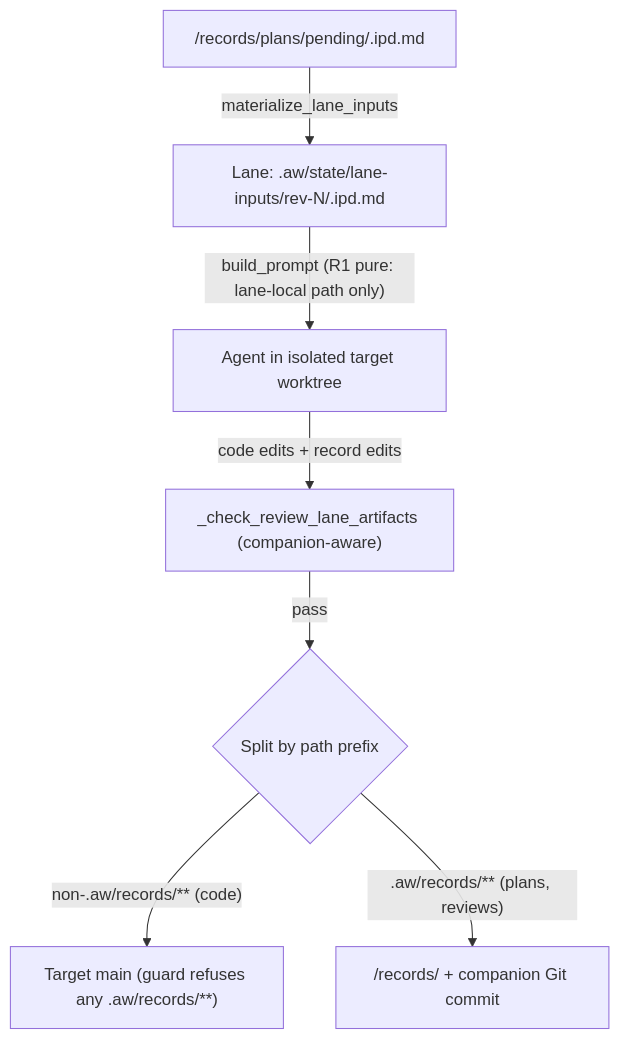
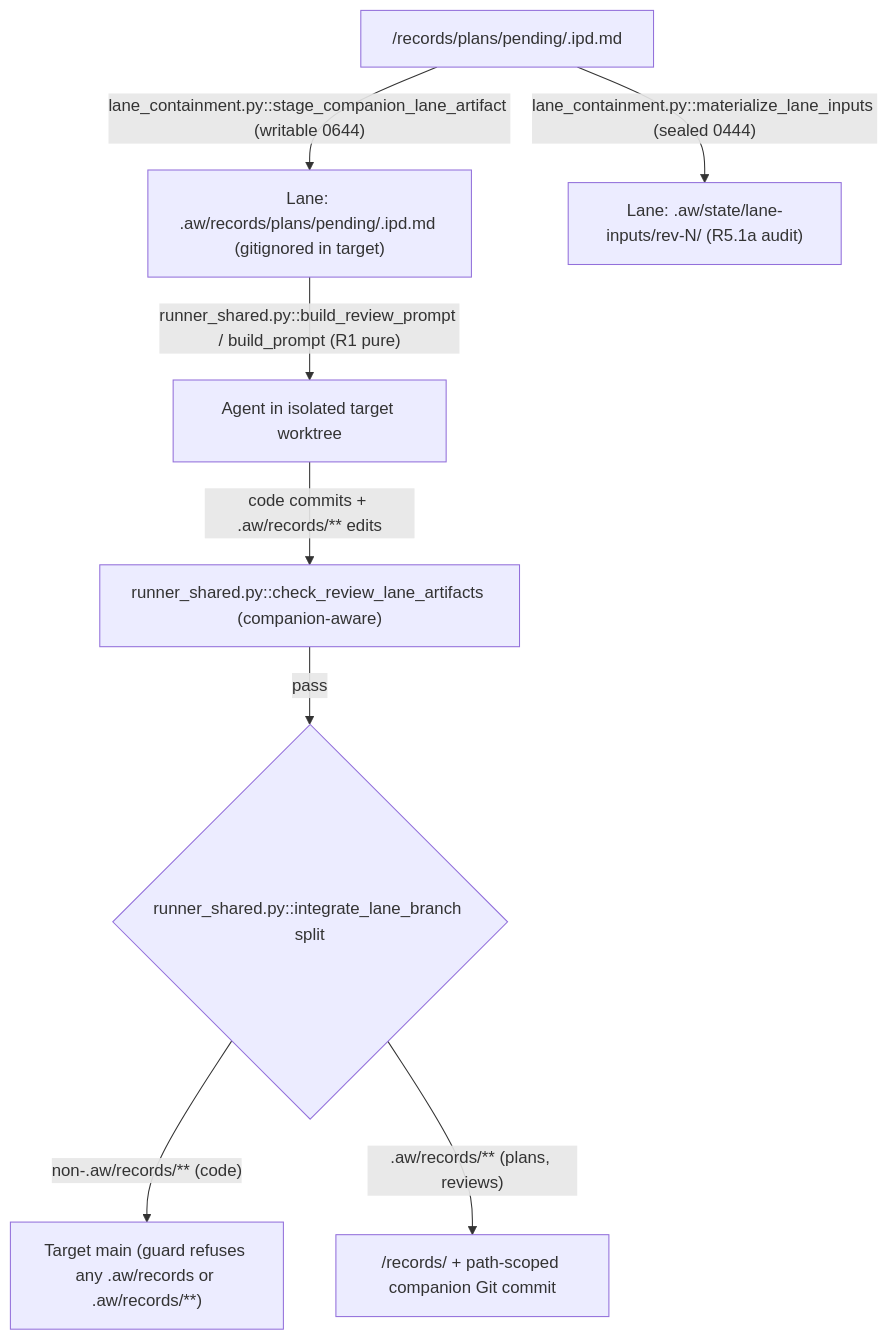
One commit to fariello/agent-workflows changed the diagram in .aw/records/plans/pending/20261121-companion-bugs-03-v8tqje-companion-safe-runner-prompts-record-routing-and-public-targ.ipd.md. Above: the diagram before and after it, drawn with Mermaid. The commit also changed other lines of this file and 1 other file, not shown here.

First line of the commit message:
plan-review: harden v8tqje (revisions applied)

````diff
--- a/.aw/records/plans/pending/20261121-companion-bugs-03-v8tqje-companion-safe-runner-prompts-record-routing-and-public-targ.ipd.md
+++ b/.aw/records/plans/pending/20261121-companion-bugs-03-v8tqje-companion-safe-runner-prompts-record-routing-and-public-targ.ipd.md
@@ -83,9 +88,10 @@
 ```mermaid
 flowchart TD
-    CompPlan["<companion>/records/plans/pending/<plan>.ipd.md"] -->|"materialize_lane_inputs"| LaneIn["Lane: .aw/state/lane-inputs/rev-N/<plan>.ipd.md"]
-    LaneIn -->|"build_prompt (R1 pure: lane-local path only)"| Agent["Agent in isolated target worktree"]
-    Agent -->|"code edits + record edits"| Check["_check_review_lane_artifacts (companion-aware)"]
-    Check -->|"pass"| Split{"Split by path prefix"}
-    Split -->|"non-.aw/records/** (code)"| TargetMain["Target main (guard refuses any .aw/records/**)"]
-    Split -->|".aw/records/** (plans, reviews)"| CompRepo["<companion>/records/ + companion Git commit"]
+    CompPlan["<companion>/records/plans/pending/<plan>.ipd.md"] -->|"lane_containment.py::stage_companion_lane_artifact (writable 0644)"| LaneRec["Lane: .aw/records/plans/pending/<plan>.ipd.md (gitignored in target)"]
+    CompPlan -->|"lane_containment.py::materialize_lane_inputs (sealed 0444)"| LaneIn["Lane: .aw/state/lane-inputs/rev-N/ (R5.1a audit)"]
+    LaneRec -->|"runner_shared.py::build_review_prompt / build_prompt (R1 pure)"| Agent["Agent in isolated target worktree"]
+    Agent -->|"code commits + .aw/records/** edits"| Check["runner_shared.py::check_review_lane_artifacts (companion-aware)"]
+    Check -->|"pass"| Route{"runner_shared.py::integrate_lane_branch split"}
+    Route -->|"non-.aw/records/** (code)"| TargetMain["Target main (guard refuses any .aw/records or .aw/records/**)"]
+    Route -->|".aw/records/** (plans, reviews)"| CompRepo["<companion>/records/ + path-scoped companion Git commit"]
 ```
````
